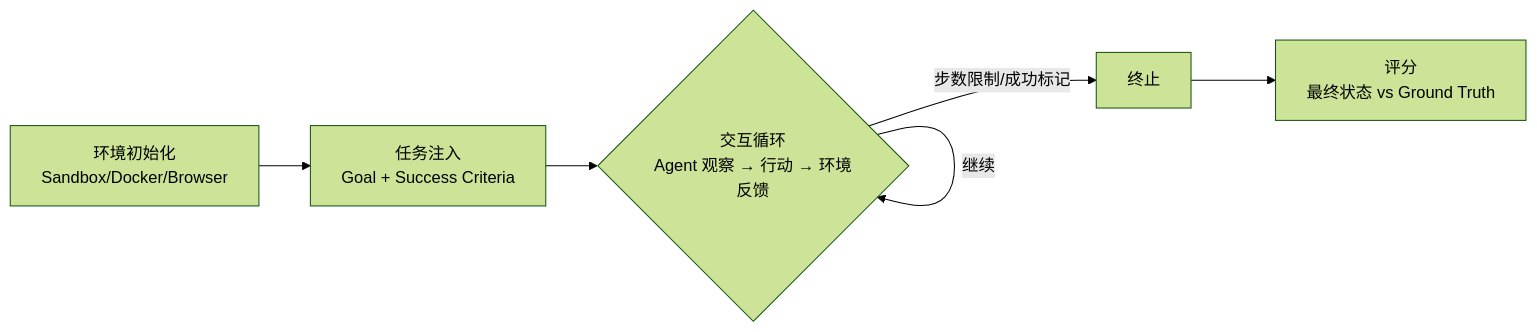
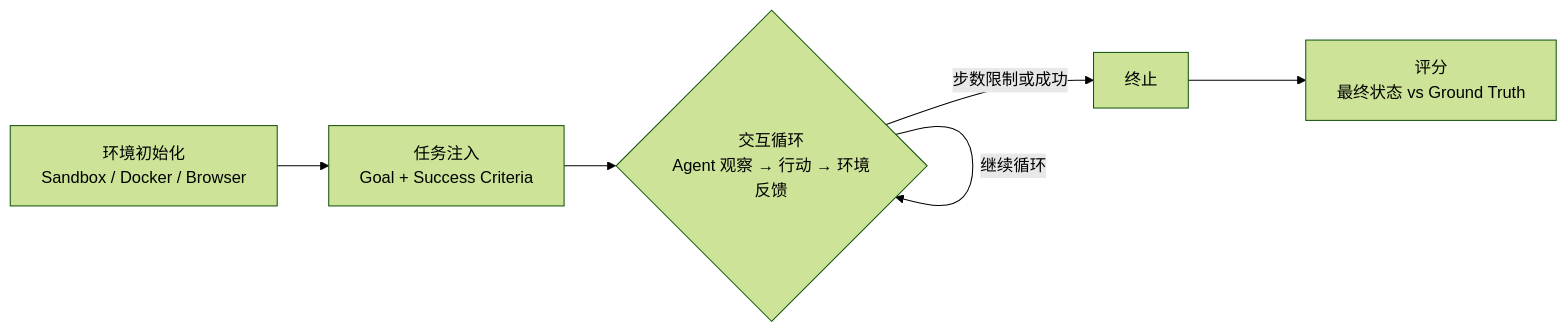
The first of 3 diagrams in content/posts/agent-research-report.md (pcell888/tech-blog), drawn with Mermaid (forest theme) before and after one commit. The commit also changed other lines of this file, not shown here.

Commit message:
fix: Mermaid 语法修复（引号+换行）

```diff
--- a/content/posts/agent-research-report.md
+++ b/content/posts/agent-research-report.md
@@ -24,8 +24,14 @@
 {{< mermaid >}}
 graph LR
-    A[环境初始化<br/>Sandbox/Docker/Browser] --> B[任务注入<br/>Goal + Success Criteria]
-    B --> C{交互循环<br/>Agent 观察 → 行动 → 环境反馈}
-    C -->|步数限制/成功标记| D[终止]
-    C -->|继续| C
-    D --> E[评分<br/>最终状态 vs Ground Truth]
+    A["环境初始化<br/>Sandbox / Docker / Browser"]
+    B["任务注入<br/>Goal + Success Criteria"]
+    C{"交互循环<br/>Agent 观察 → 行动 → 环境反馈"}
+    D[终止]
+    E["评分<br/>最终状态 vs Ground Truth"]
+
+    A --> B
+    B --> C
+    C -->|步数限制或成功| D
+    C -->|继续循环| C
+    D --> E
 {{< /mermaid >}}
```
